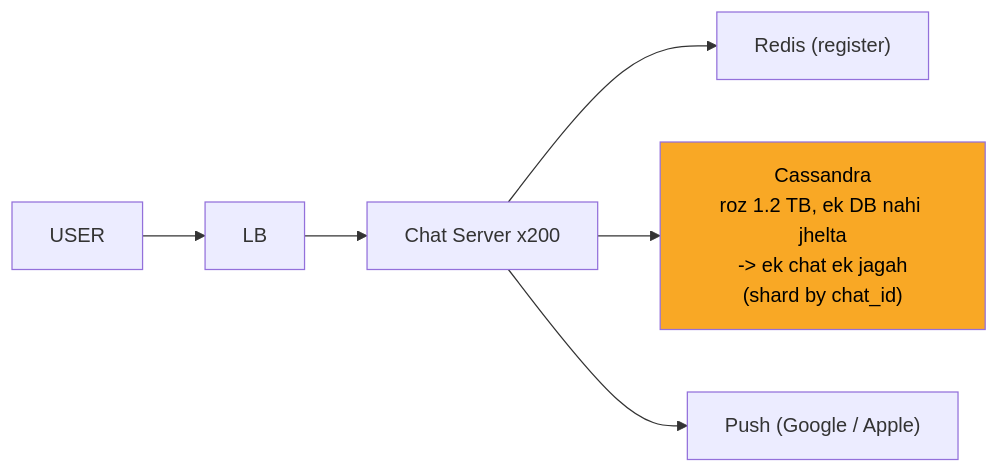
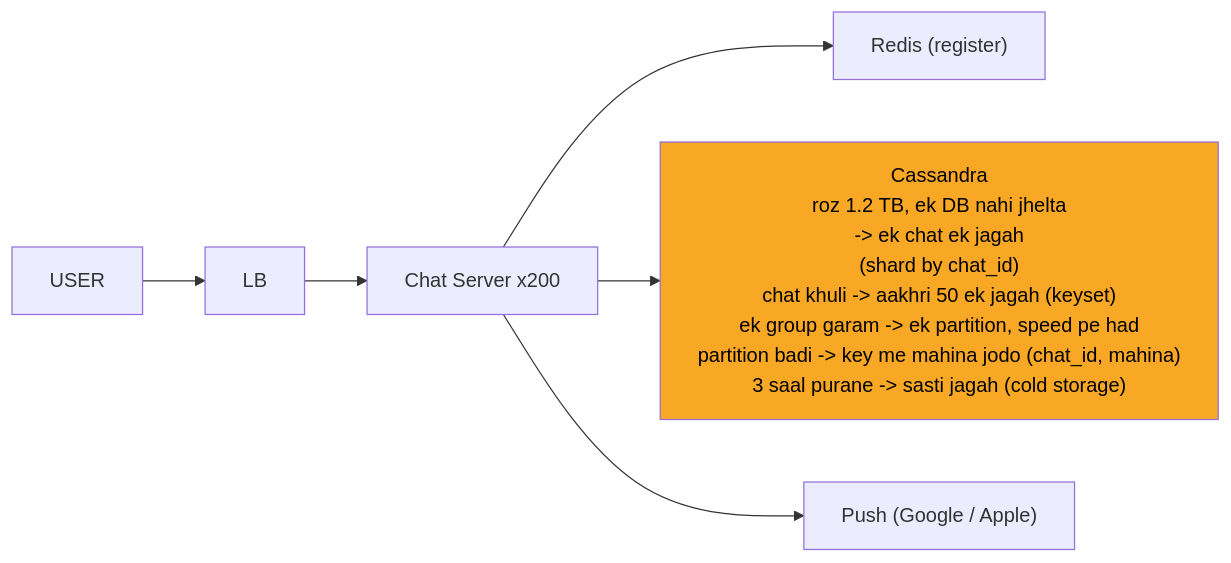
Before and after one commit to ArpanMaheshwari144/Prep: the fifth of 12 diagrams in 04_HLD/SYSTEM_DESIGNS/14_chat_messaging/14_chat_messaging.md, drawn with Mermaid. The commit also changed other lines of this file and 12 other files, not shown here.

Commit message:
hld 02-14: peele dabbe me SAFAR ke mod + diagram chauda (wrappingWidth 450)

````diff
--- a/04_HLD/SYSTEM_DESIGNS/14_chat_messaging/14_chat_messaging.md
+++ b/04_HLD/SYSTEM_DESIGNS/14_chat_messaging/14_chat_messaging.md
@@ -224,15 +228,16 @@
 ```mermaid
+%%{init: {"flowchart": {"wrappingWidth": 450}}}%%
 flowchart LR
     n_U["USER"]
     n_LB["LB"]
     n_CS["Chat Server x200"]
     n_R["Redis (register)"]
-    n_CA["Cassandra<br/>roz 1.2 TB, ek DB nahi jhelta<br/>-> ek chat ek jagah<br/>(shard by chat_id)"]
+    n_CA["Cassandra<br/>roz 1.2 TB, ek DB nahi jhelta<br/>-> ek chat ek jagah<br/>(shard by chat_id)<br/>chat khuli -> aakhri 50 ek jagah (keyset)<br/>ek group garam -> ek partition, speed pe had<br/>partition badi -> key me mahina jodo (chat_id, mahina)<br/>3 saal purane -> sasti jagah (cold storage)"]
     n_P["Push (Google / Apple)"]
     n_U --> n_LB
     n_LB --> n_CS
     n_CS --> n_R
     n_CS --> n_CA
     n_CS --> n_P
     style n_CA fill:#f9a825,color:#000
 ```
````
